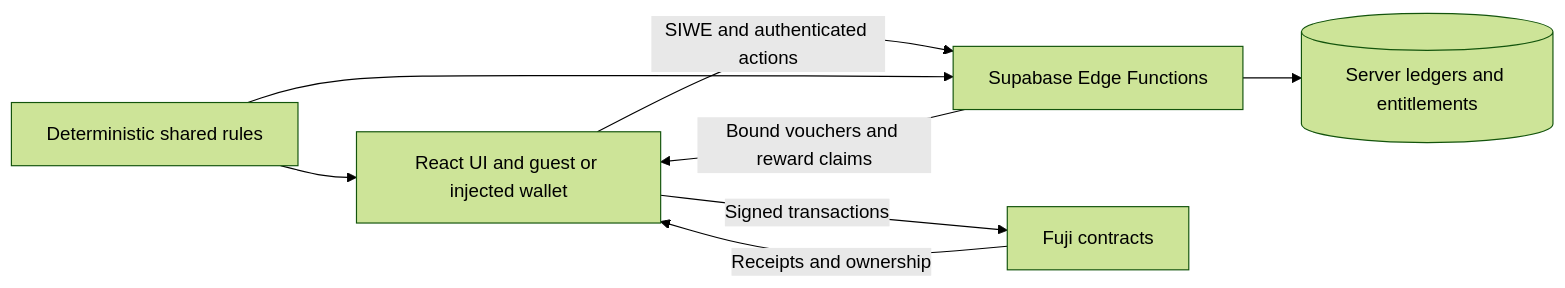
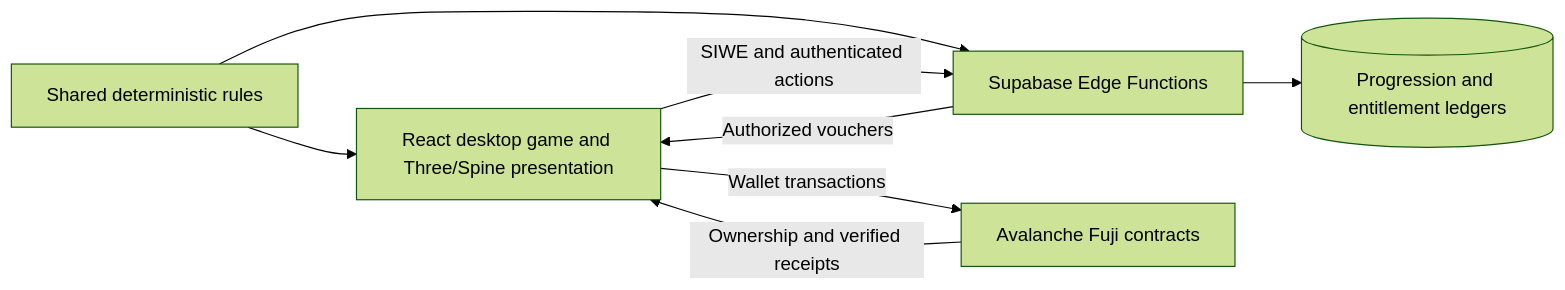
Before and after one commit to ntbaoheyhey/lantern-cat-cafe: the diagram in README.md, drawn with Mermaid (forest theme). The commit also changed other lines of this file and 13 other files, not shown here.

````diff
--- a/README.md
+++ b/README.md
@@ -49,10 +54,10 @@
 ```mermaid
 flowchart LR
-  UI[React UI and guest or injected wallet] -->|SIWE and authenticated actions| API[Supabase Edge Functions]
-  API --> DB[(Server ledgers and entitlements)]
-  Rules[Deterministic shared rules] --> UI
-  Rules --> API
-  API -->|Bound vouchers and reward claims| UI
-  UI -->|Signed transactions| Chain[Fuji contracts]
-  Chain -->|Receipts and ownership| UI
+  Rules[Shared deterministic rules] --> UI[React desktop game and Three/Spine presentation]
+  Rules --> API[Supabase Edge Functions]
+  UI -->|SIWE and authenticated actions| API
+  API --> DB[(Progression and entitlement ledgers)]
+  API -->|Authorized vouchers| UI
+  UI -->|Wallet transactions| Fuji[Avalanche Fuji contracts]
+  Fuji -->|Ownership and verified receipts| UI
 ```
````
